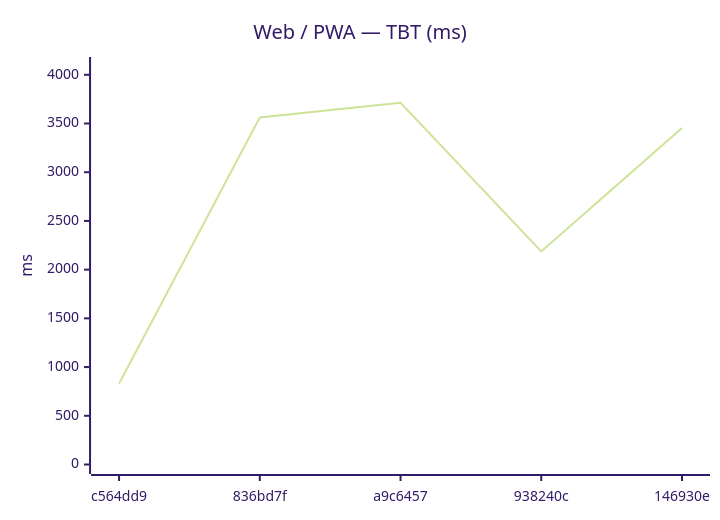
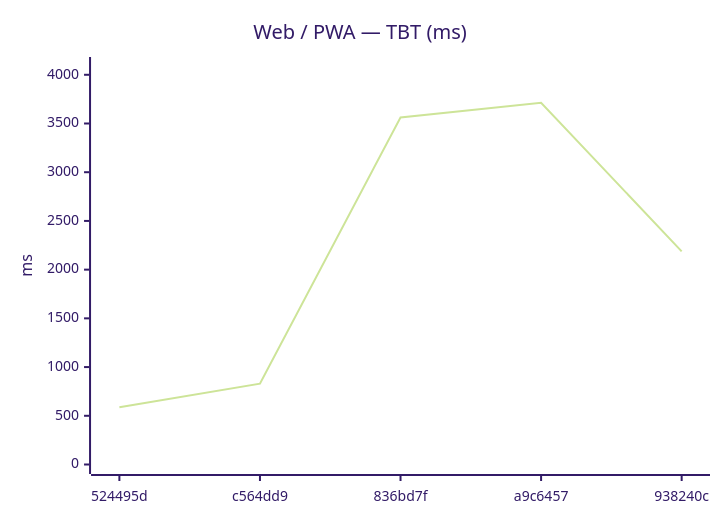
Before and after one commit to Metaheurist/Rianell: the sixth of 12 diagrams in benchmarks/compare.md, drawn with Mermaid (forest theme). The commit also changed other lines of this file and 8 other files, not shown here.

````diff
--- a/benchmarks/compare.md
+++ b/benchmarks/compare.md
@@ -89,7 +89,7 @@
 ```mermaid
 xychart-beta
     title "Web / PWA — TBT (ms)"
-    x-axis ["c564dd9", "836bd7f", "a9c6457", "938240c", "146930e"]
+    x-axis ["524495d", "c564dd9", "836bd7f", "a9c6457", "938240c"]
     y-axis "ms" 0 --> 4085
-    line [830, 3562, 3713, 2187, 3453]
+    line [588, 830, 3562, 3713, 2187]
 ```
````
